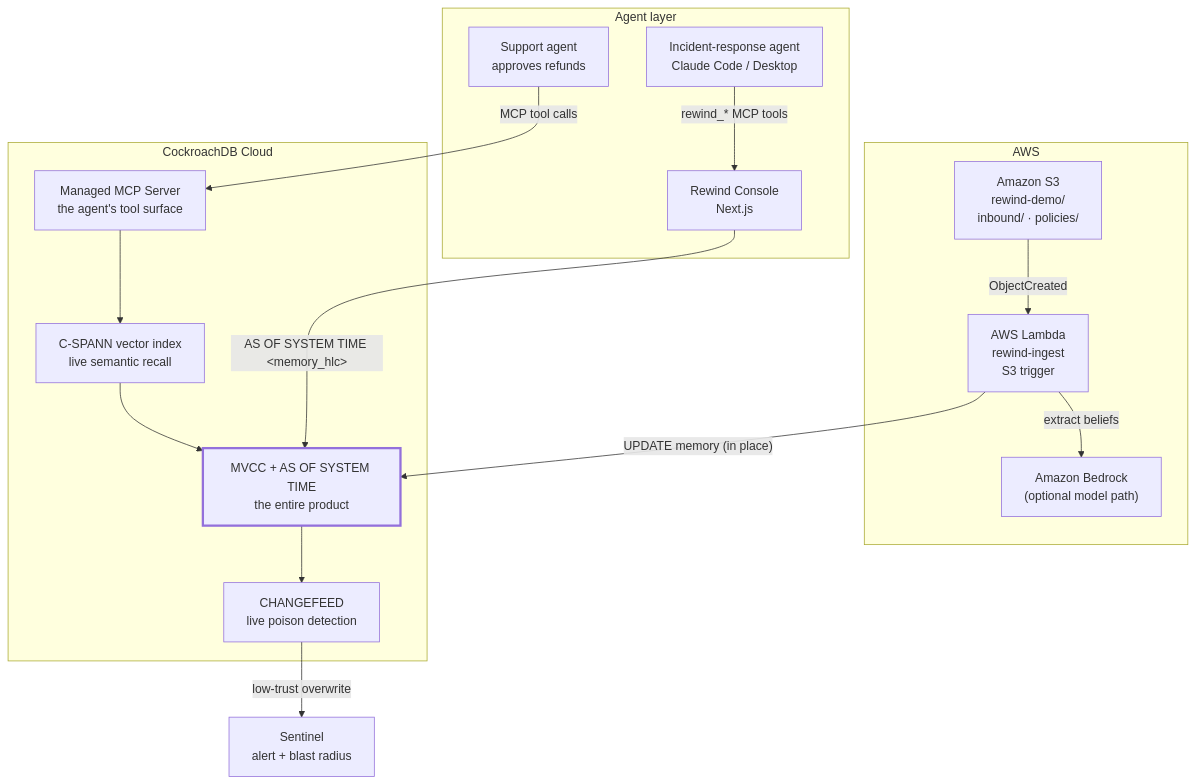
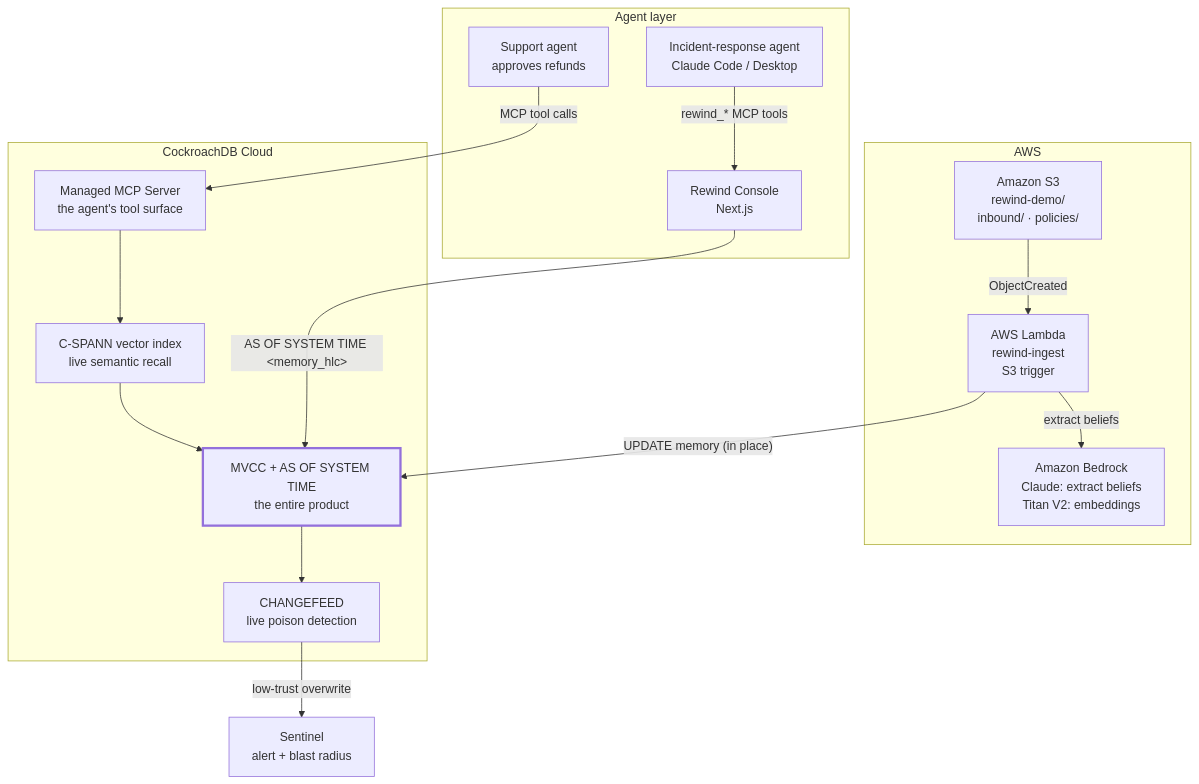
Before and after one commit to solomonadzape95/rewind: the diagram in docs/architecture.md, drawn with Mermaid. The commit also changed 12 other files, not shown here.

````diff
--- a/docs/architecture.md
+++ b/docs/architecture.md
@@ -3,37 +3,37 @@
 ```mermaid
 flowchart TB
     subgraph aws["AWS"]
         s3["Amazon S3<br/>rewind-demo/<br/>inbound/ · policies/"]
         lambda["AWS Lambda<br/>rewind-ingest<br/>S3 trigger"]
-        bedrock["Amazon Bedrock<br/>(optional model path)"]
+        bedrock["Amazon Bedrock<br/>Claude: extract beliefs<br/>Titan V2: embeddings"]
     end
 
     subgraph agent_layer["Agent layer"]
         agent["Support agent<br/>approves refunds"]
         console["Rewind Console<br/>Next.js"]
         responder["Incident-response agent<br/>Claude Code / Desktop"]
     end
 
     subgraph crdb["CockroachDB Cloud"]
         mcp["Managed MCP Server<br/>the agent's tool surface"]
         cspann["C-SPANN vector index<br/>live semantic recall"]
         mvcc["MVCC + AS OF SYSTEM TIME<br/>the entire product"]
         feed["CHANGEFEED<br/>live poison detection"]
     end
 
     s3 -->|ObjectCreated| lambda
     lambda -->|extract beliefs| bedrock
     lambda -->|"UPDATE memory (in place)"| mvcc
 
     agent -->|MCP tool calls| mcp
     mcp --> cspann
     cspann --> mvcc
 
     console -->|"AS OF SYSTEM TIME &lt;memory_hlc&gt;"| mvcc
     responder -->|"rewind_* MCP tools"| console
 
     feed -->|low-trust overwrite| sentinel["Sentinel<br/>alert + blast radius"]
     mvcc --> feed
 
     style mvcc stroke-width:3px
 ```
````
